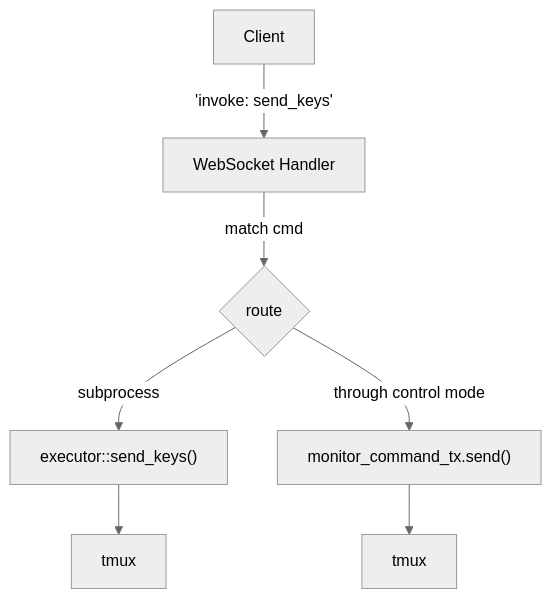
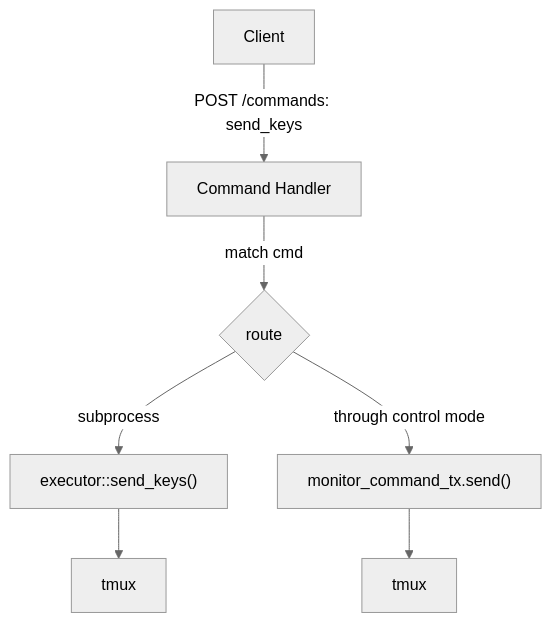
Before and after one commit to flplima/tmuxy: the fourth of 5 diagrams in docs/architecture.md, drawn with Mermaid (neutral theme). The commit also changed other lines of this file and 28 other files, not shown here.

First line of the commit message:
🔥 Remove all WebSocket references, document SSE/HTTP communication architecture

````diff
--- a/docs/architecture.md
+++ b/docs/architecture.md
@@ -198,9 +206,9 @@
 ```mermaid
 graph TD
-    Client -->|'invoke: send_keys'| WSH[WebSocket Handler]
-    WSH -->|match cmd| Decision{route}
+    Client -->|"POST /commands: send_keys"| CH[Command Handler]
+    CH -->|match cmd| Decision{route}
     Decision -->|subprocess| Exec["executor::send_keys()"]
     Decision -->|through control mode| Mon["monitor_command_tx.send()"]
     Exec --> Tmux1[tmux]
     Mon --> Tmux2[tmux]
 ```
````
